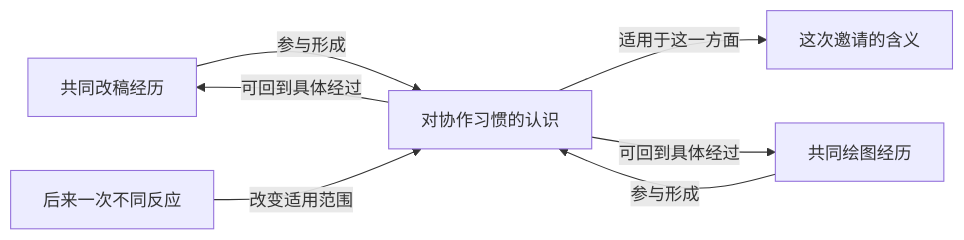
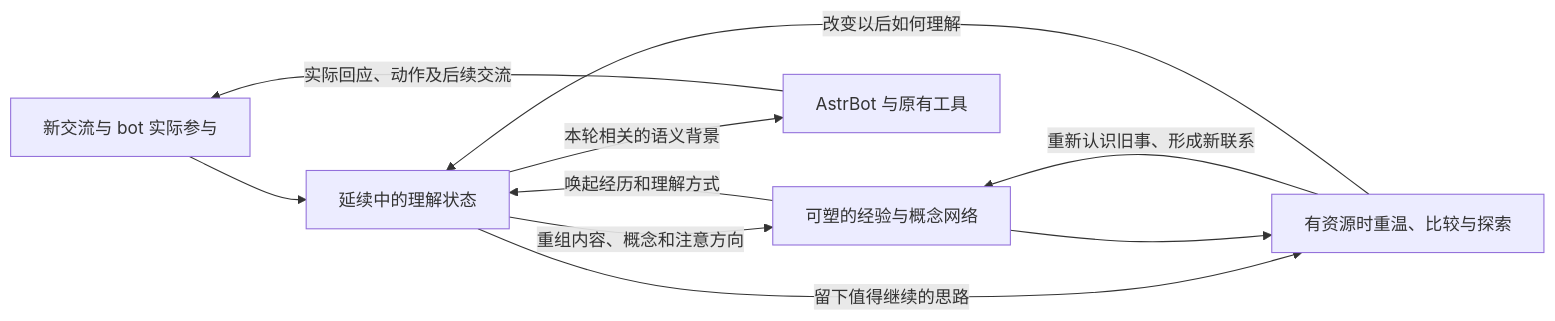
One commit to byydzh/astrbot_plugin_mr_memory changed the diagram in docs/memory-redesign.md. Above: the diagram before and after it, drawn with Mermaid. The commit also changed other lines of this file and 17 other files, not shown here.

Commit message:
Continue understanding through model-selected graph state

````diff
--- a/docs/memory-redesign.md
+++ b/docs/memory-redesign.md
@@ -78,9 +33,12 @@
-```mermaid
+~~~mermaid
 flowchart LR
-    A[共同改稿经历] -->|参与形成| P[对协作习惯的认识]
-    B[共同绘图经历] -->|参与形成| P
-    P -->|适用于这一方面| C[这次邀请的含义]
-    D[后来一次不同反应] -->|改变适用范围| P
-    P -->|可回到具体经过| A
-    P -->|可回到具体经过| B
-```
+    E[新交流与 bot 实际参与] --> W[延续中的理解状态]
+    G[可塑的经验与概念网络] -->|唤起经历和理解方式| W
+    W -->|重组内容、概念和注意方向| G
+    W -->|本轮相关的语义背景| A[AstrBot 与原有工具]
+    A -->|实际回应、动作及后续交流| E
+    W -->|留下值得继续的思路| R[有资源时重温、比较与探索]
+    G --> R
+    R -->|重新认识旧事、形成新联系| G
+    R -->|改变以后如何理解| W
+~~~
````
